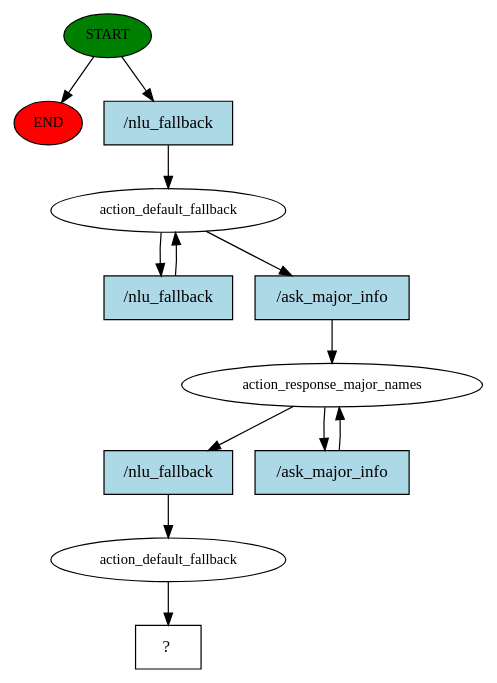
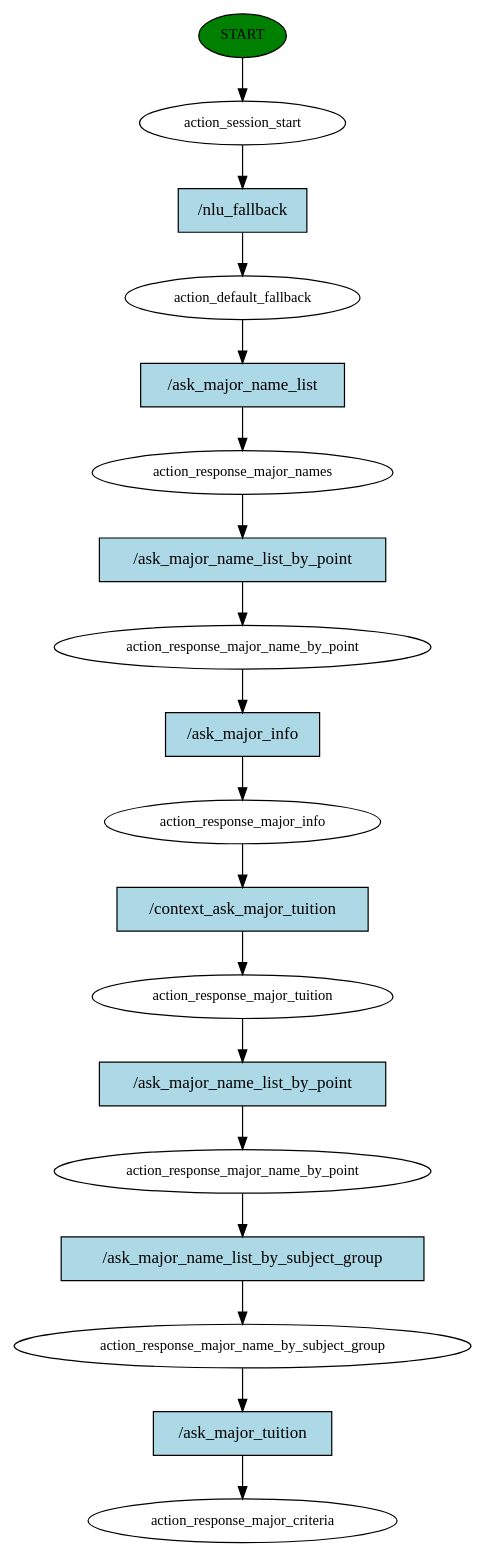
One commit to Jester6136/Edubot changed the diagram in story_graph.dot. Above: the diagram before and after it, drawn with Graphviz. The commit also changed 8 other files, not shown here.

```diff
--- a/story_graph.dot
+++ b/story_graph.dot
@@ -1,25 +1,37 @@
 digraph  {
 0 [class="start active", fillcolor=green, fontsize=12, label=START, style=filled];
-"-1" [class=end, fillcolor=red, fontsize=12, label=END, style=filled];
-1 [class=active, fontsize=12, label=action_default_fallback];
-12 [class=active, fontsize=12, label=action_response_major_names];
-14 [class=active, fontsize=12, label=action_default_fallback];
-15 [class="intent dashed active", label="  ?  ", shape=rect];
-16 [class="intent active", fillcolor=lightblue, label="/nlu_fallback", shape=rect, style=filled];
-17 [class="intent active", fillcolor=lightblue, label="/nlu_fallback", shape=rect, style=filled];
-18 [class="intent active", fillcolor=lightblue, label="/ask_major_info", shape=rect, style=filled];
-19 [class="intent active", fillcolor=lightblue, label="/nlu_fallback", shape=rect, style=filled];
-20 [class="intent active", fillcolor=lightblue, label="/ask_major_info", shape=rect, style=filled];
-0 -> "-1"  [class="", key=NONE, label=""];
-0 -> 16  [class=active, key=0];
-1 -> 17  [class=active, key=0];
-1 -> 18  [class=active, key=0];
-12 -> 19  [class=active, key=0];
-12 -> 20  [class=active, key=0];
-14 -> 15  [class=active, key=NONE, label=""];
-16 -> 1  [class=active, key=0];
-17 -> 1  [class=active, key=0];
-18 -> 12  [class=active, key=0];
-19 -> 14  [class=active, key=0];
-20 -> 12  [class=active, key=0];
+1 [class=active, fontsize=12, label=action_session_start];
+2 [class=active, fontsize=12, label=action_default_fallback];
+3 [class=active, fontsize=12, label=action_response_major_names];
+4 [class=active, fontsize=12, label=action_response_major_name_by_point];
+5 [class=active, fontsize=12, label=action_response_major_info];
+6 [class=active, fontsize=12, label=action_response_major_tuition];
+7 [class=active, fontsize=12, label=action_response_major_name_by_point];
+8 [class=active, fontsize=12, label=action_response_major_name_by_subject_group];
+9 [class="dashed active", fontsize=12, label=action_response_major_criteria];
+10 [class="intent active", fillcolor=lightblue, label="/nlu_fallback", shape=rect, style=filled];
+11 [class="intent active", fillcolor=lightblue, label="/ask_major_name_list", shape=rect, style=filled];
+12 [class="intent active", fillcolor=lightblue, label="/ask_major_name_list_by_point", shape=rect, style=filled];
+13 [class="intent active", fillcolor=lightblue, label="/ask_major_info", shape=rect, style=filled];
+14 [class="intent active", fillcolor=lightblue, label="/context_ask_major_tuition", shape=rect, style=filled];
+15 [class="intent active", fillcolor=lightblue, label="/ask_major_name_list_by_point", shape=rect, style=filled];
+16 [class="intent active", fillcolor=lightblue, label="/ask_major_name_list_by_subject_group", shape=rect, style=filled];
+17 [class="intent active", fillcolor=lightblue, label="/ask_major_tuition", shape=rect, style=filled];
+0 -> 1  [class=active, key=NONE, label=""];
+1 -> 10  [class=active, key=0];
+2 -> 11  [class=active, key=0];
+3 -> 12  [class=active, key=0];
+4 -> 13  [class=active, key=0];
+5 -> 14  [class=active, key=0];
+6 -> 15  [class=active, key=0];
+7 -> 16  [class=active, key=0];
+8 -> 17  [class=active, key=0];
+10 -> 2  [class=active, key=0];
+11 -> 3  [class=active, key=0];
+12 -> 4  [class=active, key=0];
+13 -> 5  [class=active, key=0];
+14 -> 6  [class=active, key=0];
+15 -> 7  [class=active, key=0];
+16 -> 8  [class=active, key=0];
+17 -> 9  [class=active, key=0];
 }
```
